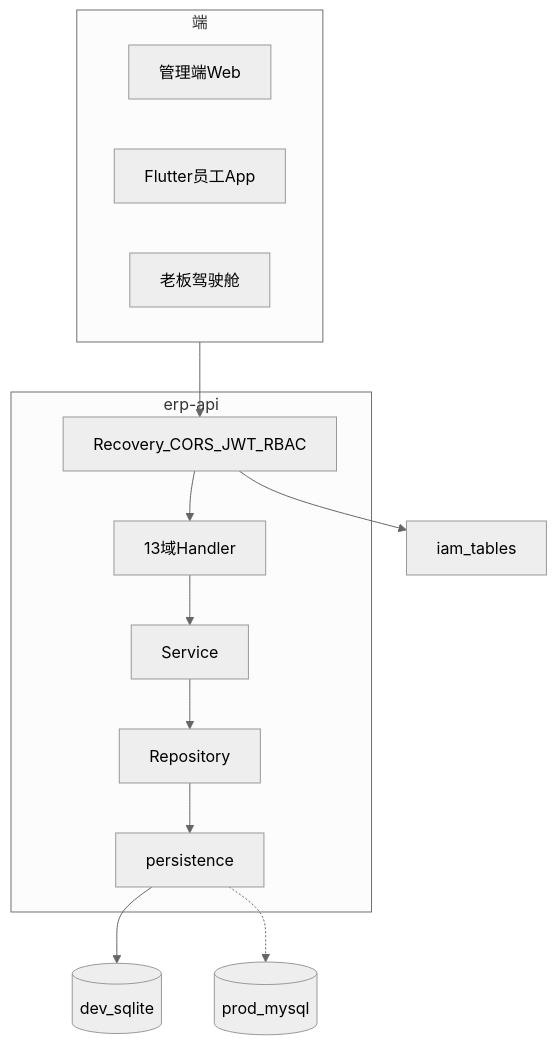
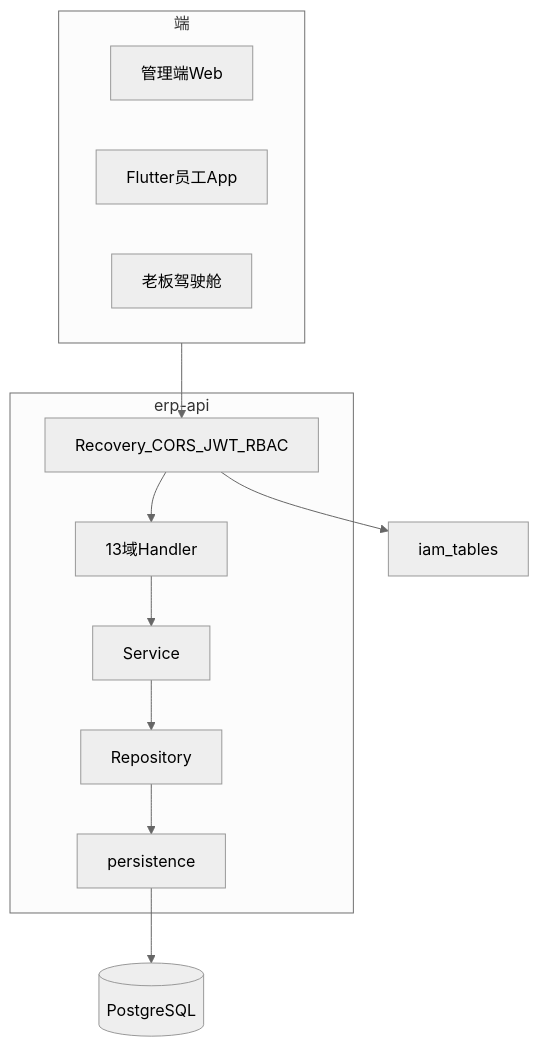
Before and after one commit to jasonkx020/factory-erp: the first of 2 diagrams in docs/系统框架设计.md, drawn with Mermaid (neutral theme). The commit also changed other lines of this file and 106 other files, not shown here.

First line of the commit message:
feat: 全面转向 PostgreSQL，取消 SQLite/MySQL 运行时依赖

````diff
--- a/docs/系统框架设计.md
+++ b/docs/系统框架设计.md
@@ -25,19 +25,18 @@
 ```mermaid
 flowchart TB
   subgraph clients [端]
     Admin[管理端Web]
     EmployeeApp[Flutter员工App]
     Boss[老板驾驶舱]
   end
   subgraph api [erp-api]
     MW[Recovery_CORS_JWT_RBAC]
     Domains[13域Handler]
     Svc[Service]
     Repo[Repository]
     Persist[persistence]
   end
   clients --> MW --> Domains --> Svc --> Repo --> Persist
-  Persist --> SQLite[(dev_sqlite)]
-  Persist -.-> MySQL[(prod_mysql)]
+  Persist --> Postgres[(PostgreSQL)]
   MW --> IAM[iam_tables]
 ```
````
